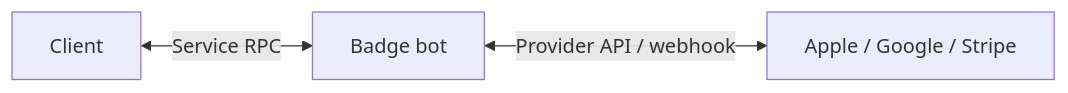
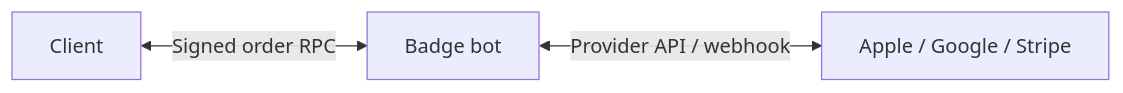
The first of 11 diagrams in plans/2026-07-20-supporter-badges-v2-implementation.md (simplex-chat/simplex-chat), drawn with Mermaid before and after one commit. The commit also changed other lines of this file and 3 other files, not shown here.

Commit message:
docs: rework badge plans to order-centric protocol

````diff
--- a/plans/2026-07-20-supporter-badges-v2-implementation.md
+++ b/plans/2026-07-20-supporter-badges-v2-implementation.md
@@ -30,5 +30,5 @@
 ```mermaid
 flowchart LR
-  C[Client] <-->|Service RPC| B[Badge bot]
+  C[Client] <-->|Signed order RPC| B[Badge bot]
   B <-->|Provider API / webhook| S[Apple / Google / Stripe]
 ```
````
